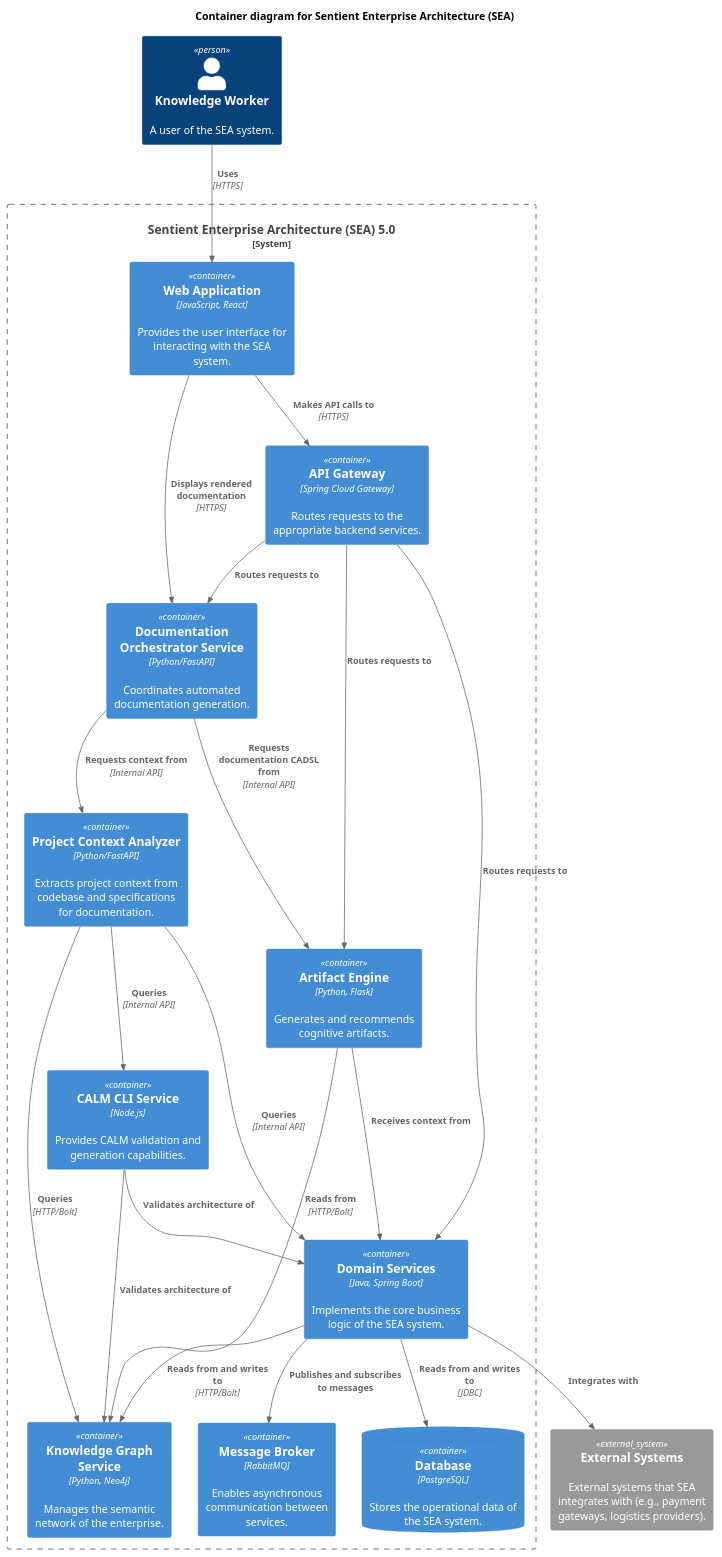
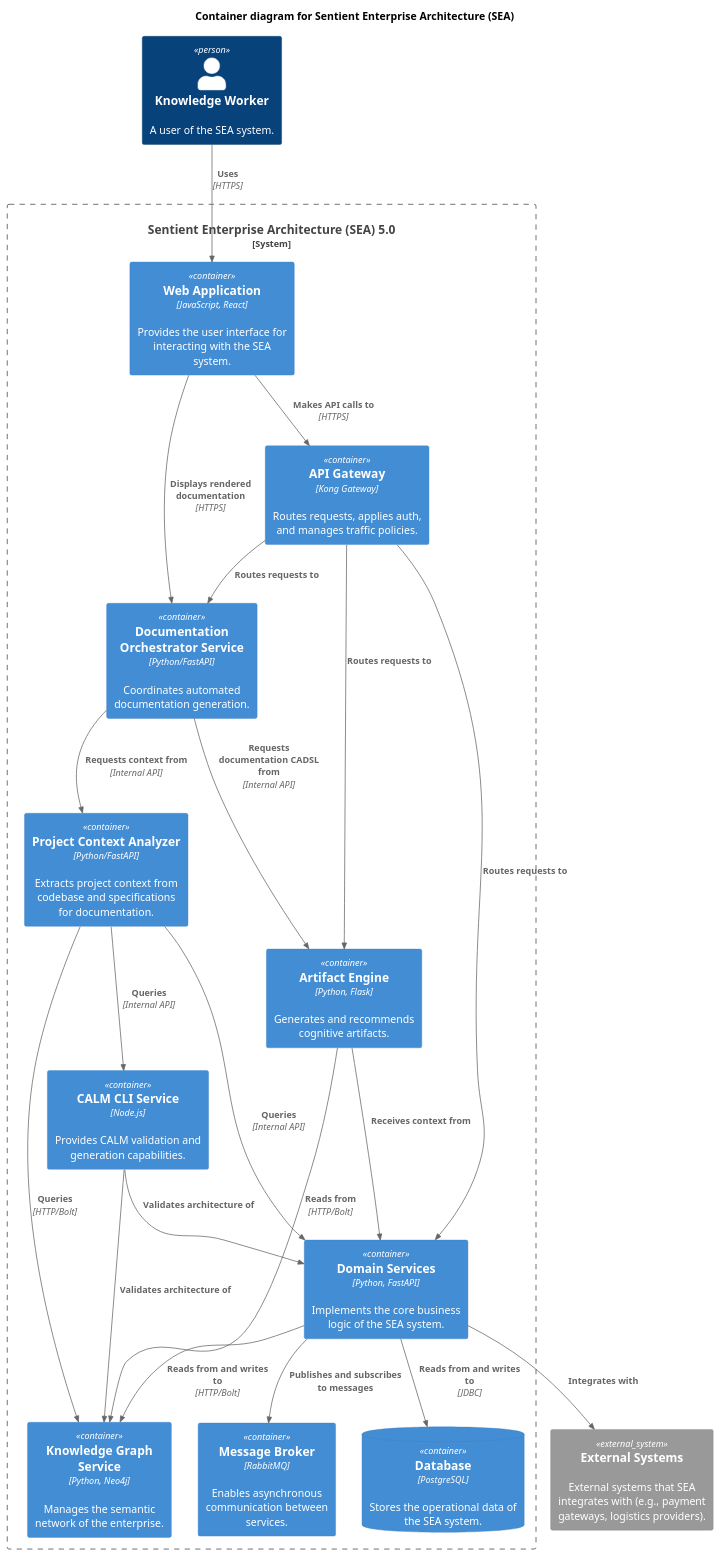
Before and after one commit to GodSpeedAI/SEA: the diagram in docs/02-architecture-diagrams/c4-container.puml, drawn with PlantUML. The commit also changed 39 other files, not shown here.

First line of the commit message:
Refactor documentation and architecture diagrams for SEA 5.0

```diff
--- a/docs/02-architecture-diagrams/c4-container.puml
+++ b/docs/02-architecture-diagrams/c4-container.puml
@@ -1,43 +1,43 @@
 @startuml C4_Container
 !include https://raw.githubusercontent.com/plantuml-stdlib/C4-PlantUML/master/C4_Container.puml
 
 TITLE Container diagram for Sentient Enterprise Architecture (SEA)
 
 Person(user, "Knowledge Worker", "A user of the SEA system.")
 
 System_Boundary(sea, "Sentient Enterprise Architecture (SEA) 5.0") {
     Container(webapp, "Web Application", "JavaScript, React", "Provides the user interface for interacting with the SEA system.")
-    Container(api_gateway, "API Gateway", "Spring Cloud Gateway", "Routes requests to the appropriate backend services.")
-    Container(domain_services, "Domain Services", "Java, Spring Boot", "Implements the core business logic of the SEA system.")
+    Container(api_gateway, "API Gateway", "Kong Gateway", "Routes requests, applies auth, and manages traffic policies.")
+    Container(domain_services, "Domain Services", "Python, FastAPI", "Implements the core business logic of the SEA system.")
     Container(knowledge_graph_service, "Knowledge Graph Service", "Python, Neo4j", "Manages the semantic network of the enterprise.")
     Container(artifact_engine, "Artifact Engine", "Python, Flask", "Generates and recommends cognitive artifacts.")
     Container(message_broker, "Message Broker", "RabbitMQ", "Enables asynchronous communication between services.")
     ContainerDb(database, "Database", "PostgreSQL", "Stores the operational data of the SEA system.")
     Container(calm_cli_service, "CALM CLI Service", "Node.js", "Provides CALM validation and generation capabilities.")
     Container(documentation_orchestrator, "Documentation Orchestrator Service", "Python/FastAPI", "Coordinates automated documentation generation.")
     Container(project_context_analyzer, "Project Context Analyzer", "Python/FastAPI", "Extracts project context from codebase and specifications for documentation.")
 }
 
 System_Ext(external_systems, "External Systems", "External systems that SEA integrates with (e.g., payment gateways, logistics providers).")
 
 Rel(user, webapp, "Uses", "HTTPS")
 Rel(webapp, api_gateway, "Makes API calls to", "HTTPS")
 Rel(api_gateway, domain_services, "Routes requests to")
 Rel(domain_services, database, "Reads from and writes to", "JDBC")
 Rel(domain_services, knowledge_graph_service, "Reads from and writes to", "HTTP/Bolt")
 Rel(domain_services, message_broker, "Publishes and subscribes to messages")
 Rel(artifact_engine, knowledge_graph_service, "Reads from", "HTTP/Bolt")
 Rel(artifact_engine, domain_services, "Receives context from")
 Rel(api_gateway, artifact_engine, "Routes requests to")
 Rel(domain_services, external_systems, "Integrates with")
 Rel(calm_cli_service, domain_services, "Validates architecture of")
 Rel(calm_cli_service, knowledge_graph_service, "Validates architecture of")
 Rel(api_gateway, documentation_orchestrator, "Routes requests to")
 Rel(documentation_orchestrator, project_context_analyzer, "Requests context from", "Internal API")
 Rel(project_context_analyzer, domain_services, "Queries", "Internal API")
 Rel(project_context_analyzer, knowledge_graph_service, "Queries", "HTTP/Bolt")
 Rel(project_context_analyzer, calm_cli_service, "Queries", "Internal API")
 Rel(documentation_orchestrator, artifact_engine, "Requests documentation CADSL from", "Internal API")
 Rel(webapp, documentation_orchestrator, "Displays rendered documentation", "HTTPS")
 
 @enduml
```
